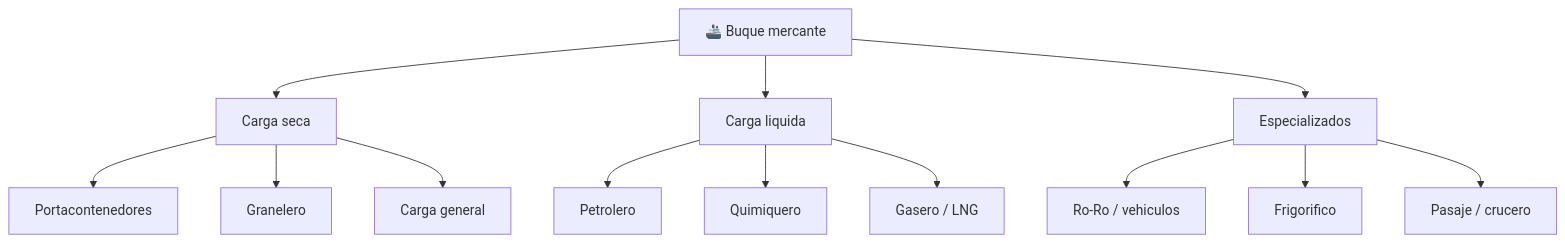
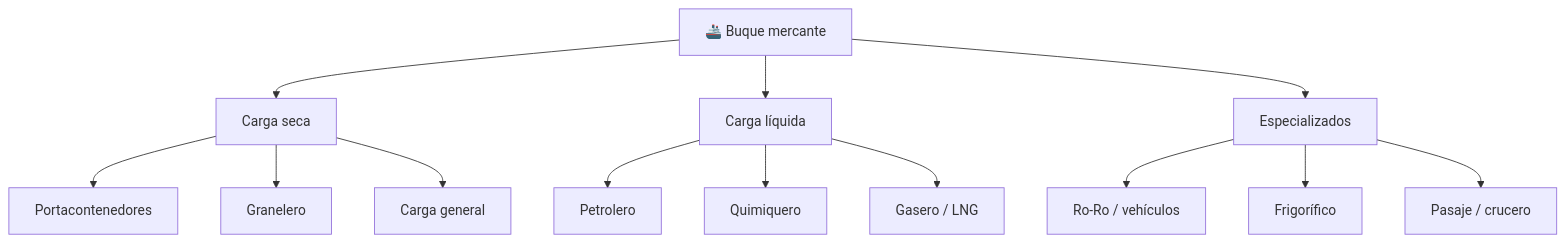
The diagram in vehiculos/barcos-mercantes/operacion/caracteristicas-barco-mercante.md (vladimiracunadev-create/machine-operator-program), drawn with Mermaid before and after one commit. The commit also changed other lines of this file and 442 other files, not shown here.

````diff
--- a/vehiculos/barcos-mercantes/operacion/caracteristicas-barco-mercante.md
+++ b/vehiculos/barcos-mercantes/operacion/caracteristicas-barco-mercante.md
@@ -35,15 +35,15 @@
 ```mermaid
 flowchart TD
     Buque[🚢 Buque mercante] --> Seca[Carga seca]
-    Buque --> Liquida[Carga liquida]
+    Buque --> Liquida[Carga líquida]
     Buque --> Especial[Especializados]
     Seca --> Contenedor[Portacontenedores]
     Seca --> Granel[Granelero]
     Seca --> Carga[Carga general]
     Liquida --> Petrolero[Petrolero]
     Liquida --> Quimiquero[Quimiquero]
     Liquida --> Gasero[Gasero / LNG]
-    Especial --> RoRo[Ro-Ro / vehiculos]
-    Especial --> Frigorifico[Frigorifico]
+    Especial --> RoRo[Ro-Ro / vehículos]
+    Especial --> Frigorifico[Frigorífico]
     Especial --> Pasaje[Pasaje / crucero]
 ```
````
